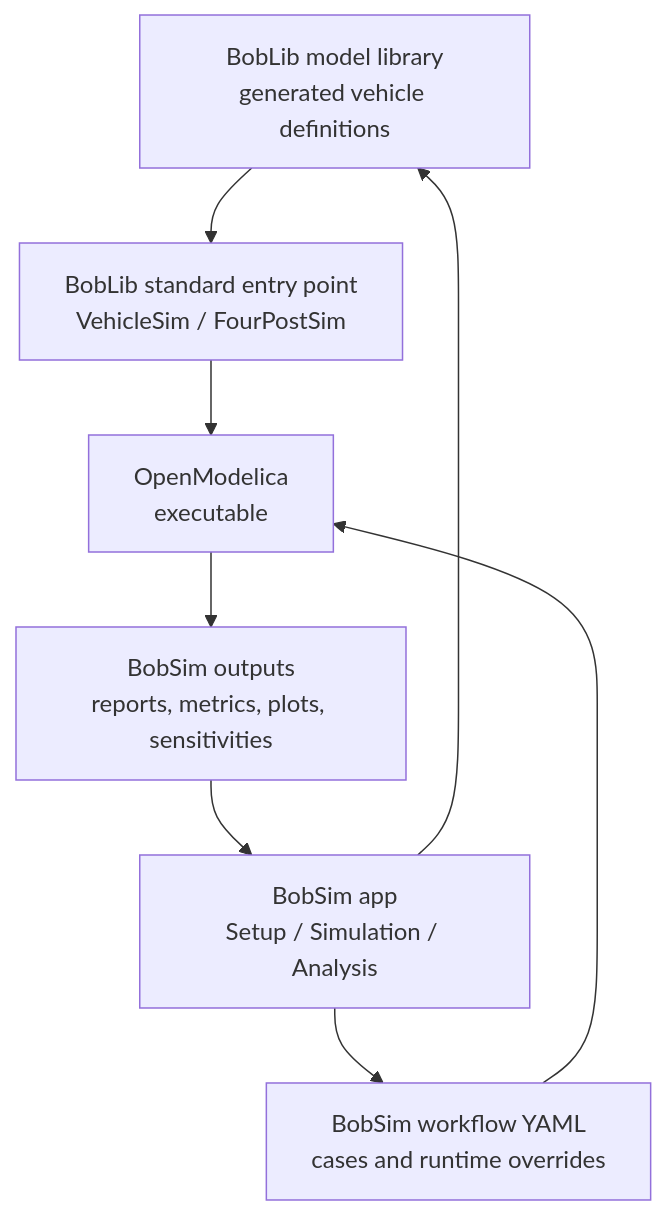
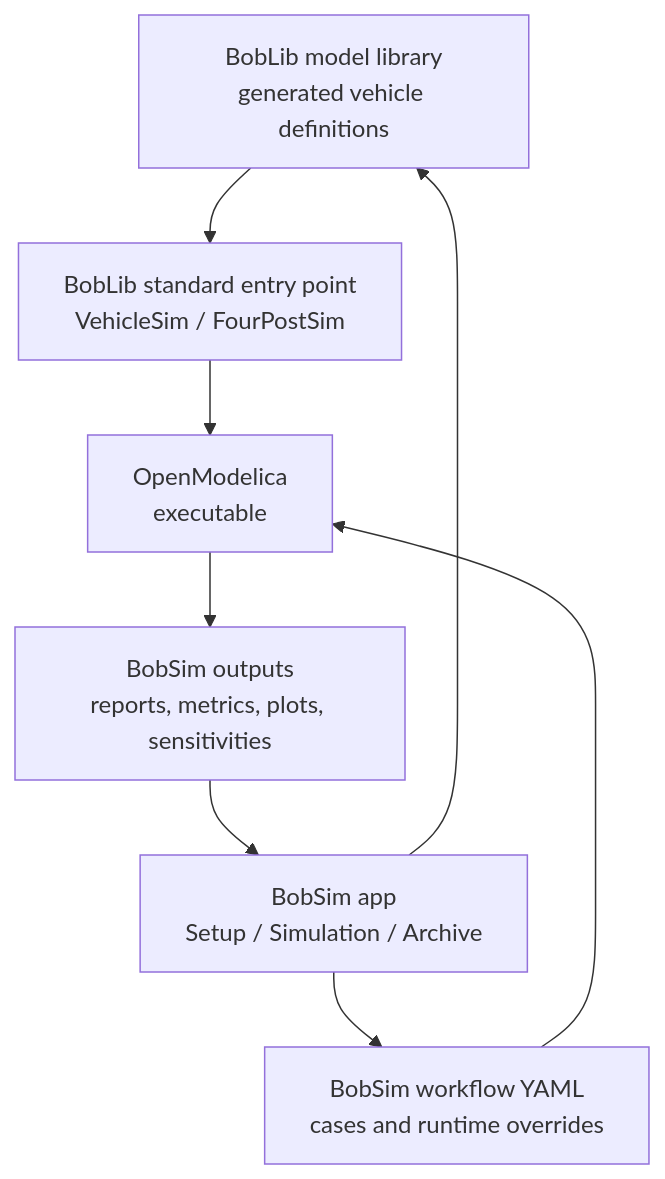
Before and after one commit to Ilgneous/BobDocs: the diagram in docs/bobsim/index.md, drawn with Mermaid. The commit also changed other lines of this file and 7 other files, not shown here.

Commit message:
Document BobSim archive view

````diff
--- a/docs/bobsim/index.md
+++ b/docs/bobsim/index.md
@@ -51,17 +51,17 @@
 ```mermaid
 flowchart TB
     records["BobLib model library<br/>generated vehicle definitions"]
     entry["BobLib standard entry point<br/>VehicleSim / FourPostSim"]
-    app["BobSim app<br/>Setup / Simulation / Analysis"]
+    app["BobSim app<br/>Setup / Simulation / Archive"]
     executable["OpenModelica<br/>executable"]
     workflow["BobSim workflow YAML<br/>cases and runtime overrides"]
     outputs["BobSim outputs<br/>reports, metrics, plots, sensitivities"]
 
     records --> entry
     app --> records
     app --> workflow
     entry --> executable
     workflow --> executable
     executable --> outputs
     outputs --> app
 ```
````
